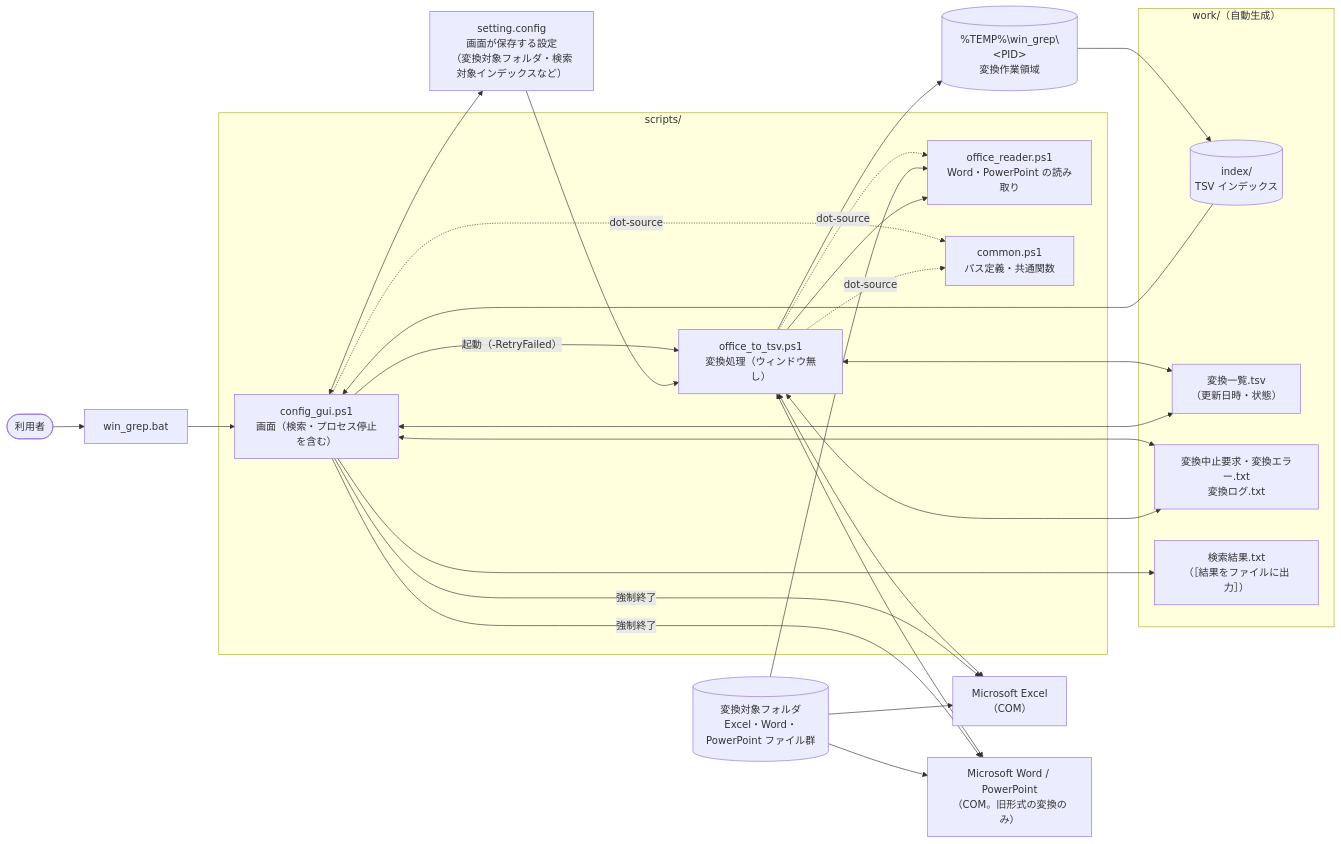
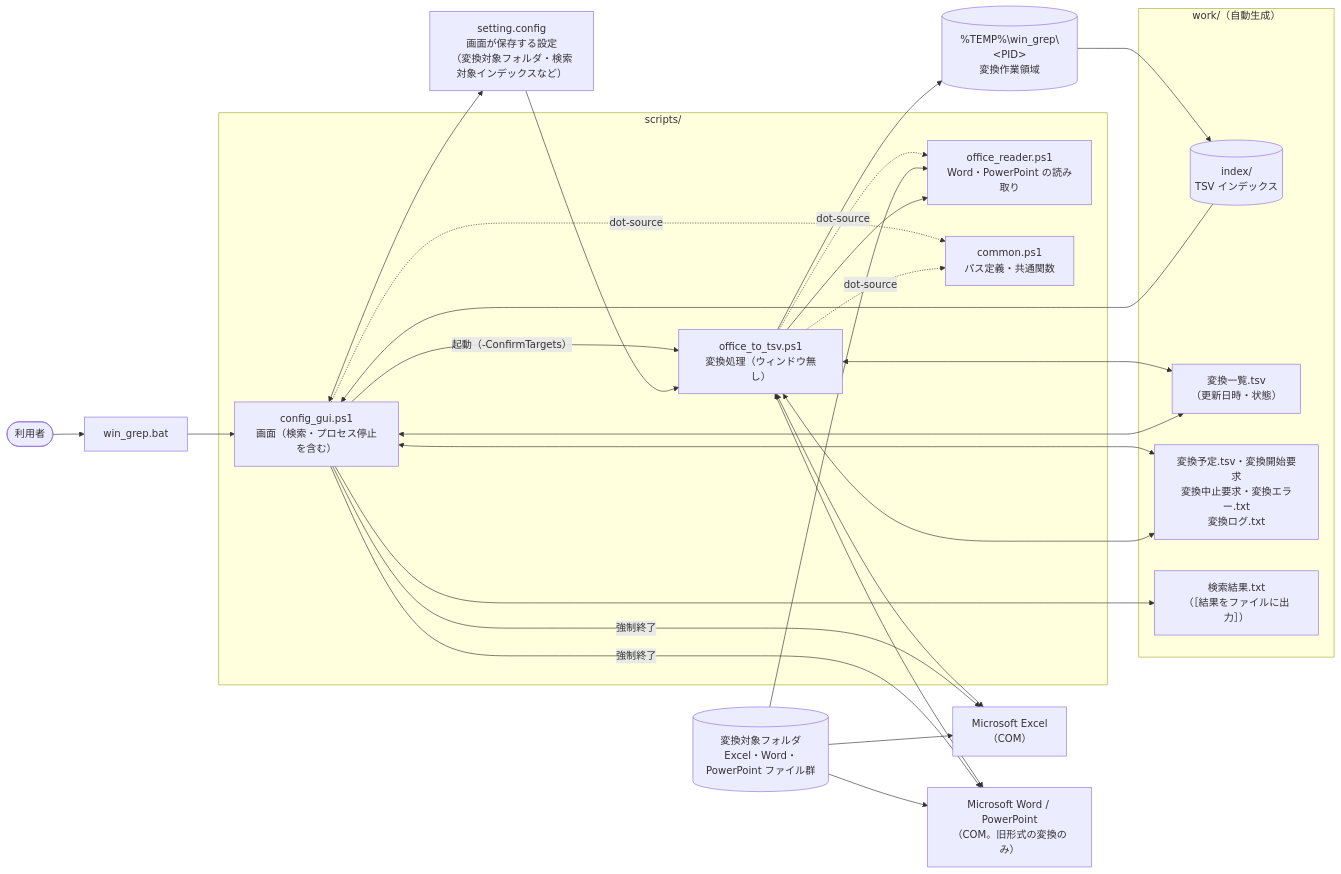
Before and after one commit to hsgwa/tebunko: the first of 2 diagrams in docs/00_index.md, drawn with Mermaid. The commit also changed other lines of this file and 20 other files, not shown here.

````diff
--- a/docs/00_index.md
+++ b/docs/00_index.md
@@ -71,48 +71,48 @@
 ```mermaid
 flowchart LR
     user(["利用者"])
 
     bat["win_grep.bat"]
 
     subgraph scripts["scripts/"]
         gui["config_gui.ps1<br>画面（検索・プロセス停止を含む）"]
         conv["office_to_tsv.ps1<br>変換処理（ウィンドウ無し）"]
         reader["office_reader.ps1<br>Word・PowerPoint の読み取り"]
         common["common.ps1<br>パス定義・共通関数"]
     end
 
     c1["setting.config<br>画面が保存する設定<br>（変換対象フォルダ・検索対象インデックスなど）"]
 
     subgraph work["work/（自動生成）"]
         idx[("index/<br>TSV インデックス")]
         status["変換一覧.tsv<br>（更新日時・状態）"]
-        ctl["変換中止要求・変換エラー.txt<br>変換ログ.txt"]
+        ctl["変換予定.tsv・変換開始要求<br>変換中止要求・変換エラー.txt<br>変換ログ.txt"]
         out["検索結果.txt<br>（［結果をファイルに出力］）"]
     end
 
     tmp[("%TEMP%\win_grep\#lt;PID#gt;<br>変換作業領域")]
     src[("変換対象フォルダ<br>Excel・Word・PowerPoint ファイル群")]
     excel["Microsoft Excel<br>（COM）"]
     office["Microsoft Word / PowerPoint<br>（COM。旧形式の変換のみ）"]
 
     user --> bat --> gui
-    gui -- "起動（-RetryFailed）" --> conv
+    gui -- "起動（-ConfirmTargets）" --> conv
     gui -. "dot-source" .-> common
     conv -. "dot-source" .-> common
     conv -. "dot-source" .-> reader
 
     gui <--> c1
     c1 --> conv
     src --> excel & office & reader
     conv <--> excel
     conv <--> office
     conv --> reader
     conv <--> status
     gui <--> status & ctl
     conv <--> ctl
     conv --> tmp --> idx
 
     idx --> gui
     gui --> out
     gui -- "強制終了" --> excel & office
 ```
````
